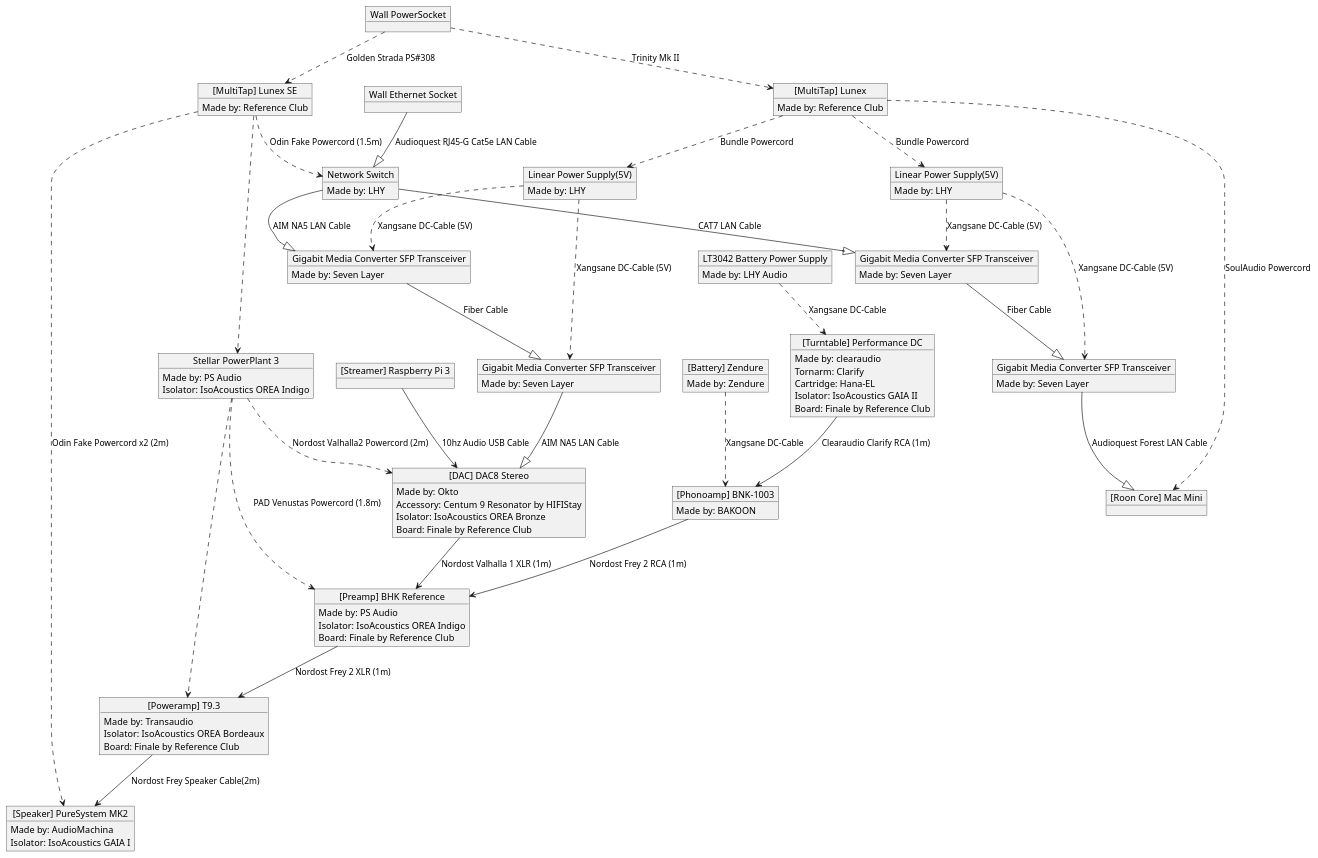
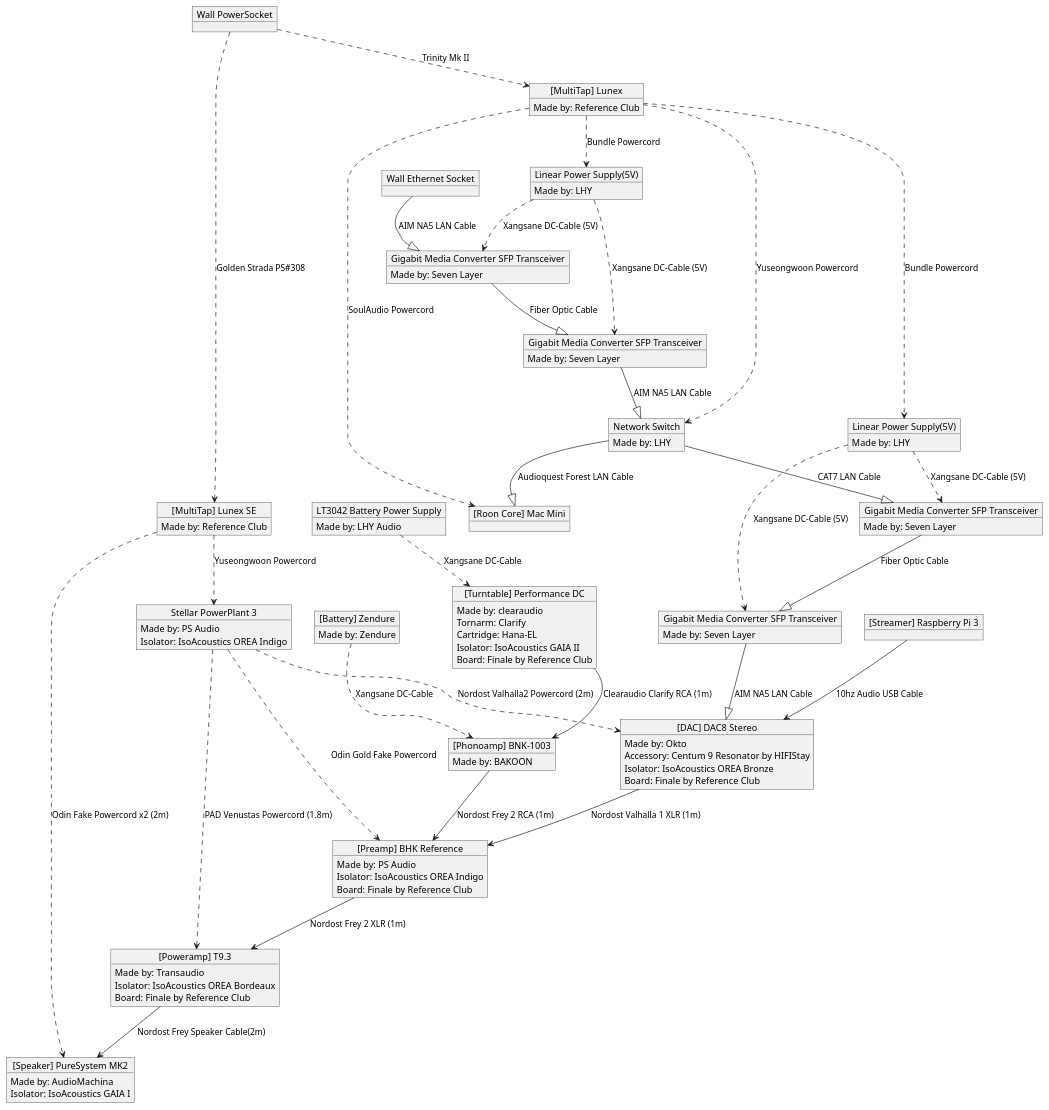
One commit to zebehn/zebehn.github.io changed the diagram in hifi-audio/system_260306.puml. Above: the diagram before and after it, drawn with PlantUML.

Commit message:
Update hi-fi system: power cables, network topology
- Preamp power: Odin Gold Fake, Poweramp power: PAD Venustas
- Lunex SE → Stella 3: Yuseongwoon Powercord
- Network switch power moved to Lunex (Yuseongwoon)
- Network path: Wall → fiber → Switch → fiber → DAC
- Mac Mini connected to switch via Audioquest Forest

```diff
--- a/hifi-audio/system_260306.puml
+++ b/hifi-audio/system_260306.puml
@@ -1,113 +1,113 @@
 @startuml minsu-hifi-260306v1
 
 object "[DAC] DAC8 Stereo" as dac
 dac : Made by: Okto
 dac : Accessory: Centum 9 Resonator by HIFIStay
 dac : Isolator: IsoAcoustics OREA Bronze
 dac : Board: Finale by Reference Club
 
 object "[Turntable] Performance DC" as turntable
 turntable : Made by: clearaudio
 turntable : Tornarm: Clarify
 turntable : Cartridge: Hana-EL
 turntable : Isolator: IsoAcoustics GAIA II
 turntable : Board: Finale by Reference Club
 
 object "[Preamp] BHK Reference" as preamp
 preamp : Made by: PS Audio
 preamp : Isolator: IsoAcoustics OREA Indigo
 preamp : Board: Finale by Reference Club
 
 object "[Poweramp] T9.3" as poweramp
 poweramp : Made by: Transaudio
 poweramp : Isolator: IsoAcoustics OREA Bordeaux
 poweramp : Board: Finale by Reference Club
 
 object "[Phonoamp] BNK-1003" as phononamp
 phononamp : Made by: BAKOON
 
 object "LT3042 Battery Power Supply" as batteryps
 batteryps : Made by: LHY Audio
 
 object "Linear Power Supply(5V)" as linear1
 linear1 : Made by: LHY
 
 object "Linear Power Supply(5V)" as linear2
 linear2 : Made by: LHY
 
 object "[Battery] Zendure" as battery
 battery : Made by: Zendure
 
 object "[Speaker] PureSystem MK2" as speaker
 speaker : Made by: AudioMachina
 speaker : Isolator: IsoAcoustics GAIA I
 
 object "[Streamer] Raspberry Pi 3" as streamer
 
 object "[Roon Core] Mac Mini" as macmini
 
 object "[MultiTap] Lunex SE" as multitap1
 multitap1 : Made by: Reference Club
 
 object "[MultiTap] Lunex" as multitap2
 multitap2 : Made by: Reference Club
 
 object "Stellar PowerPlant 3" as powerregenerator
 powerregenerator : Made by: PS Audio
 powerregenerator : Isolator: IsoAcoustics OREA Indigo
 
 object "Wall PowerSocket" as wallpowersocket
 object "Wall Ethernet Socket" as walllansocket
 
 object "Network Switch" as netswitch
 netswitch : Made by: LHY
 
 object "Gigabit Media Converter SFP Transceiver" as fiberhub1
 fiberhub1 : Made by: Seven Layer
 
 object "Gigabit Media Converter SFP Transceiver" as fiberhub2
 fiberhub2 : Made by: Seven Layer
 
 object "Gigabit Media Converter SFP Transceiver" as fiberhub3
 fiberhub3 : Made by: Seven Layer
 
 object "Gigabit Media Converter SFP Transceiver" as fiberhub4
 fiberhub4 : Made by: Seven Layer
 
 dac --> preamp : Nordost Valhalla 1 XLR (1m)
 preamp --> poweramp : Nordost Frey 2 XLR (1m)
 poweramp --> speaker : Nordost Frey Speaker Cable(2m)
 phononamp --> preamp : Nordost Frey 2 RCA (1m)
 turntable --> phononamp: Clearaudio Clarify RCA (1m)
 
 wallpowersocket ..> multitap1: Golden Strada PS#308
-multitap1 ..> powerregenerator
-powerregenerator ..> preamp: PAD Venustas Powercord (1.8m)
-powerregenerator ..> poweramp
+multitap1 ..> powerregenerator: Yuseongwoon Powercord
+powerregenerator ..> preamp: Odin Gold Fake Powercord
+powerregenerator ..> poweramp: PAD Venustas Powercord (1.8m)
 powerregenerator ..> dac : Nordost Valhalla2 Powercord (2m)
 
 wallpowersocket ..> multitap2: Trinity Mk II
 multitap2 ..> linear1: Bundle Powercord
 multitap2 ..> linear2: Bundle Powercord
 linear1 ..> fiberhub3: Xangsane DC-Cable (5V)
 linear1 ..> fiberhub4: Xangsane DC-Cable (5V)
 multitap2 ..> macmini: SoulAudio Powercord
 
 batteryps ..> turntable: Xangsane DC-Cable
 multitap1 ..> speaker: Odin Fake Powercord x2 (2m)
 battery ..> phononamp: Xangsane DC-Cable
-multitap1 ..> netswitch: Odin Fake Powercord (1.5m)
+multitap2 ..> netswitch: Yuseongwoon Powercord
 linear2 ..> fiberhub1: Xangsane DC-Cable (5V)
 linear2 ..> fiberhub2: Xangsane DC-Cable (5V)
 
 streamer --> dac: 10hz Audio USB Cable
 
-walllansocket --|> netswitch: Audioquest RJ45-G Cat5e LAN Cable
-netswitch --|> fiberhub1: AIM NA5 LAN Cable
-fiberhub1 --|> fiberhub2: Fiber Cable
-fiberhub2 --|> dac: AIM NA5 LAN Cable
+walllansocket --|> fiberhub1: AIM NA5 LAN Cable
+fiberhub1 --|> fiberhub2: Fiber Optic Cable
+fiberhub2 --|> netswitch: AIM NA5 LAN Cable
+netswitch --|> macmini: Audioquest Forest LAN Cable
 netswitch --|> fiberhub3: CAT7 LAN Cable
-fiberhub3 --|> fiberhub4: Fiber Cable
-fiberhub4 --|> macmini: Audioquest Forest LAN Cable
+fiberhub3 --|> fiberhub4: Fiber Optic Cable
+fiberhub4 --|> dac: AIM NA5 LAN Cable
 
 @enduml
```
